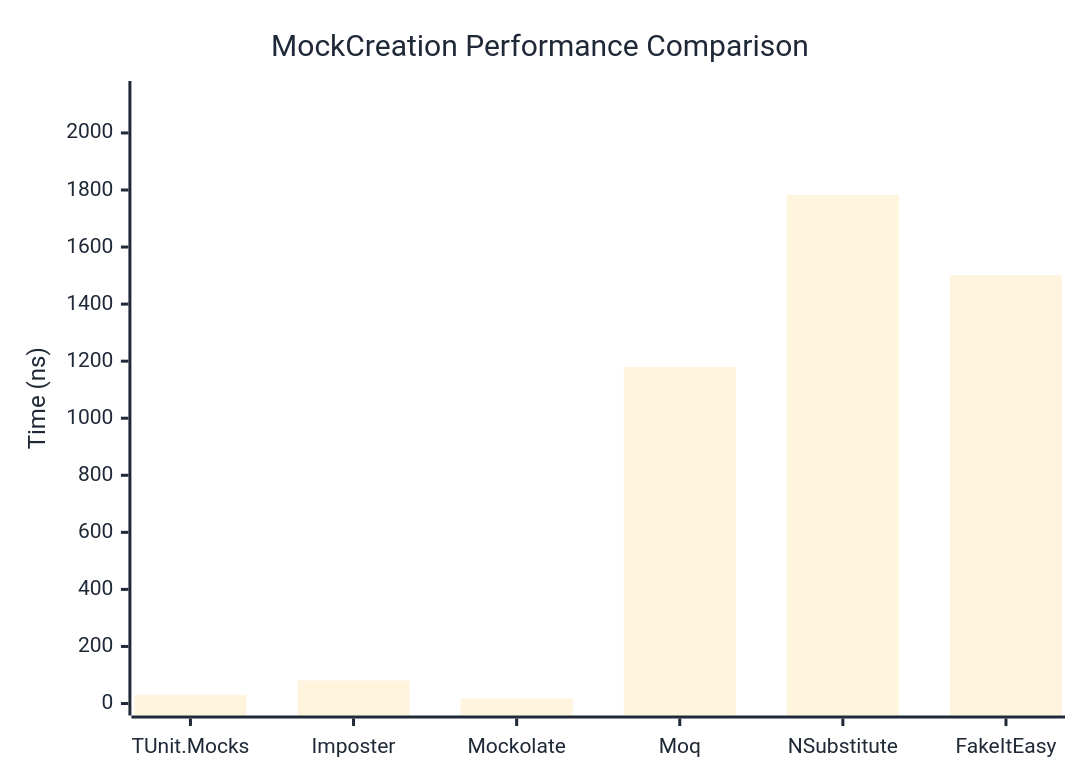
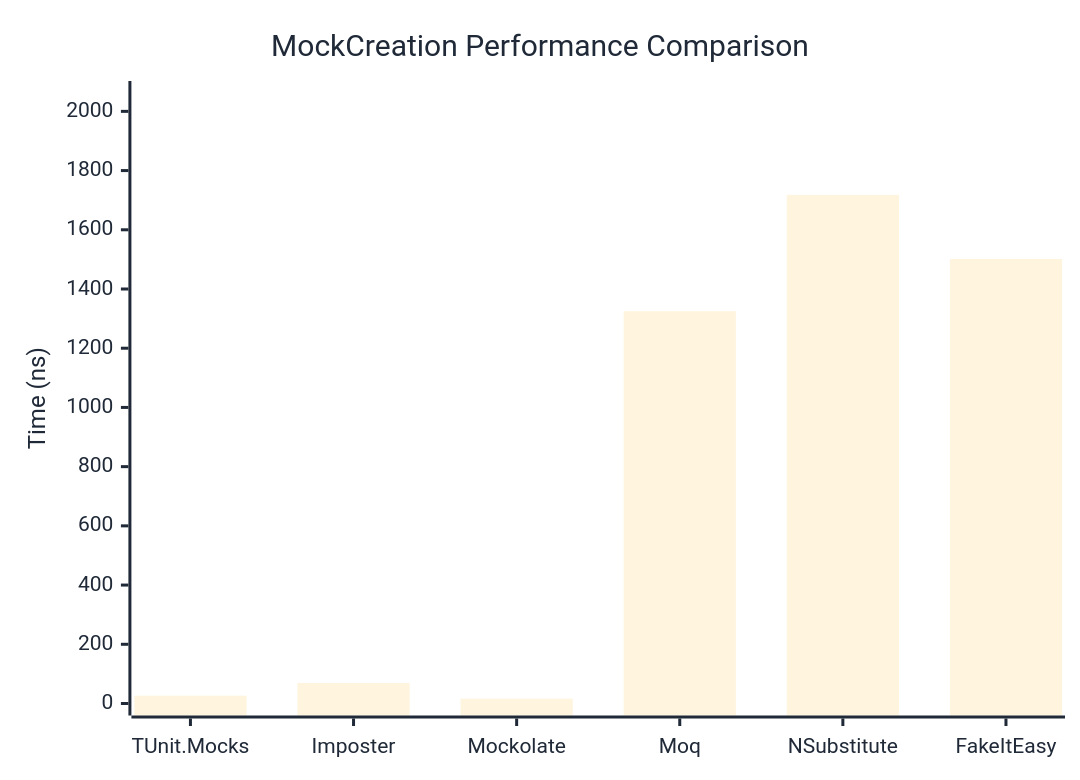
Before and after one commit to thomhurst/TUnit: the first of 2 diagrams in docs/docs/benchmarks/mocks/MockCreation.md, drawn with Mermaid. The commit also changed other lines of this file and 14 other files, not shown here.

````diff
--- a/docs/docs/benchmarks/mocks/MockCreation.md
+++ b/docs/docs/benchmarks/mocks/MockCreation.md
@@ -30,27 +30,27 @@
 ```mermaid
 %%{init: {
   'theme':'base',
   'themeVariables': {
     'primaryColor': '#2563eb',
     'primaryTextColor': '#1f2937',
     'primaryBorderColor': '#1e40af',
     'lineColor': '#6b7280',
     'secondaryColor': '#7c3aed',
     'tertiaryColor': '#dc2626',
     'background': '#ffffff',
     'pie1': '#2563eb',
     'pie2': '#7c3aed',
     'pie3': '#dc2626',
     'pie4': '#f59e0b',
     'pie5': '#10b981',
     'pie6': '#06b6d4',
     'pie7': '#ec4899',
     'pie8': '#6366f1'
   }
 }}%%
 xychart-beta
   title "MockCreation Performance Comparison"
   x-axis ["TUnit.Mocks", "Imposter", "Mockolate", "Moq", "NSubstitute", "FakeItEasy"]
-  y-axis "Time (ns)" 0 --> 2140
-  bar [30.68, 80.68, 17.98, 1180.14, 1782.99, 1501.09]
+  y-axis "Time (ns)" 0 --> 2062
+  bar [26.34, 69.58, 16.08, 1325.03, 1717.95, 1501.36]
 ```
````
